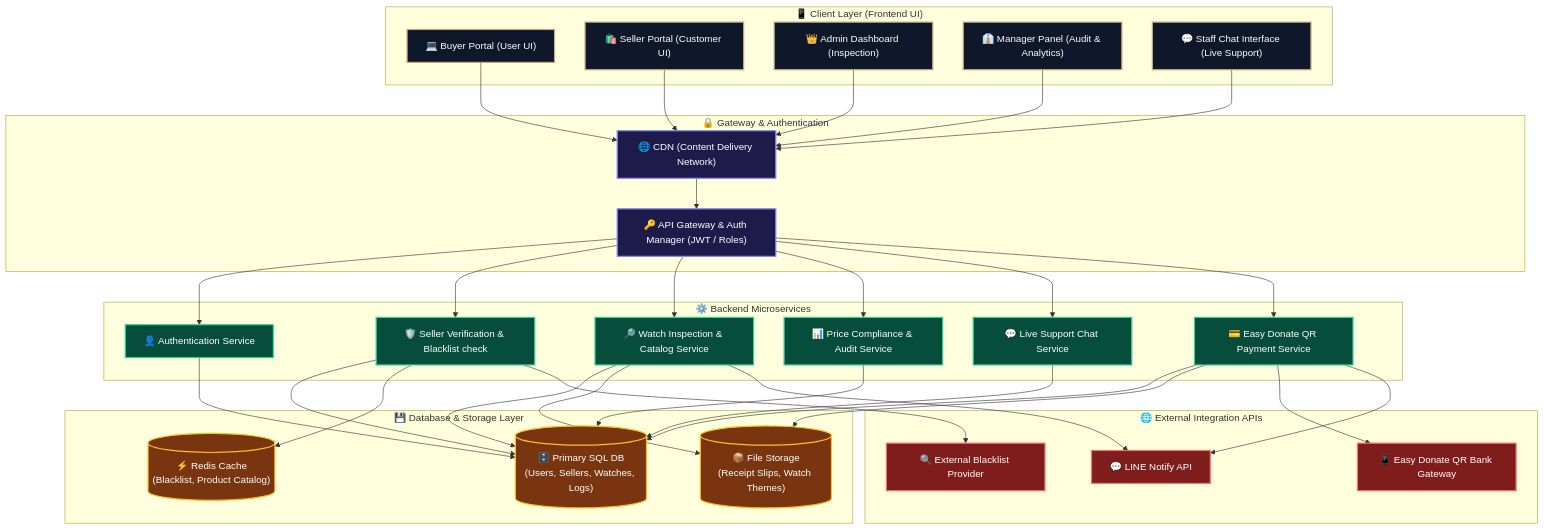
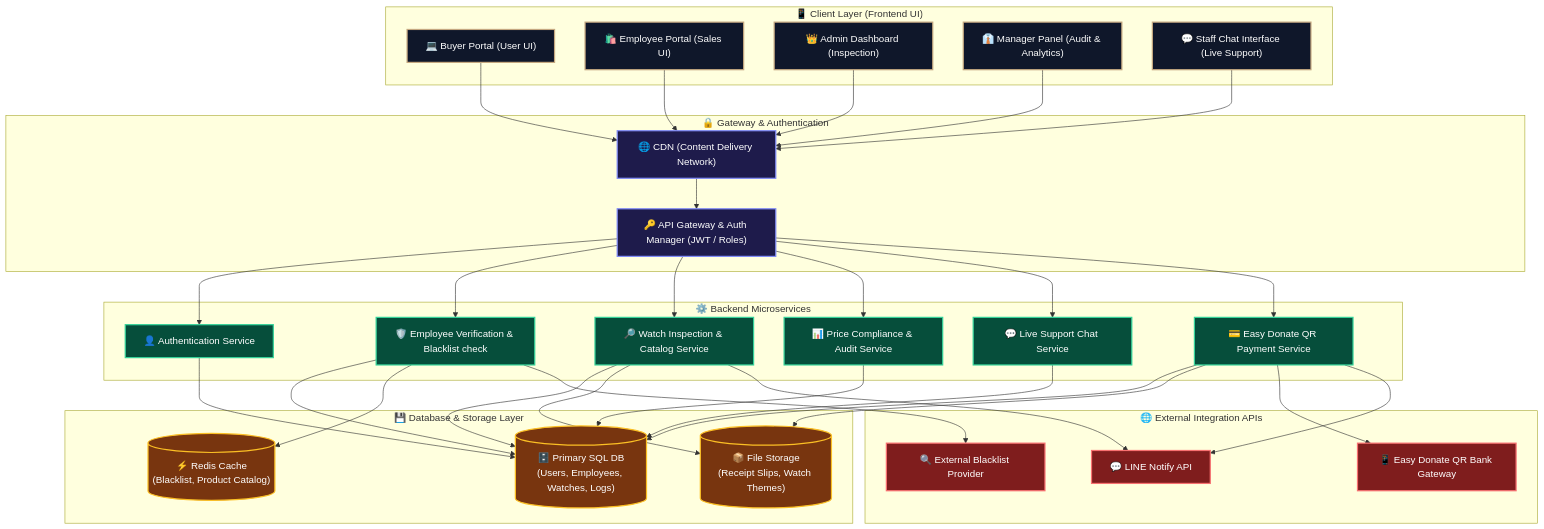
The first of 6 diagrams in analysis_design.md (sShinjikubs/WatchMarket), drawn with Mermaid before and after one commit. The commit also changed other lines of this file and 2 other files, not shown here.

Commit message:
refactor: rename Seller role to Employee across code, UI, and design docs

````diff
--- a/analysis_design.md
+++ b/analysis_design.md
@@ -40,78 +40,78 @@
 ```mermaid
 graph TB
     subgraph Client_Layer ["📱 Client Layer (Frontend UI)"]
         A1["💻 Buyer Portal (User UI)"]
-        A2["🛍️ Seller Portal (Customer UI)"]
+        A2["🛍️ Employee Portal (Sales UI)"]
         A3["👑 Admin Dashboard (Inspection)"]
         A4["👔 Manager Panel (Audit & Analytics)"]
         A5["💬 Staff Chat Interface (Live Support)"]
     end
-
+ 
     subgraph Gateway_Layer ["🔒 Gateway & Authentication"]
         CDN["🌐 CDN (Content Delivery Network)"]
         GW["🔑 API Gateway & Auth Manager (JWT / Roles)"]
     end
-
+ 
     subgraph Backend_Layer ["⚙️ Backend Microservices"]
         AuthSvc["👤 Authentication Service"]
-        VerifySvc["🛡️ Seller Verification & Blacklist check"]
+        VerifySvc["🛡️ Employee Verification & Blacklist check"]
         InspectSvc["🔎 Watch Inspection & Catalog Service"]
         AuditSvc["📊 Price Compliance & Audit Service"]
         ChatSvc["💬 Live Support Chat Service"]
         PaySvc["💳 Easy Donate QR Payment Service"]
     end
-
+ 
     subgraph Data_Layer ["💾 Database & Storage Layer"]
-        SQL_DB[("🗄️ Primary SQL DB<br>(Users, Sellers, Watches, Logs)")]
+        SQL_DB[("🗄️ Primary SQL DB<br>(Users, Employees, Watches, Logs)")]
         Redis_DB[("⚡ Redis Cache<br>(Blacklist, Product Catalog)")]
         Storage[("📦 File Storage<br>(Receipt Slips, Watch Themes)")]
     end
 
     subgraph External_Services ["🌐 External Integration APIs"]
         LineAPI["💬 LINE Notify API"]
         BankAPI["📱 Easy Donate QR Bank Gateway"]
         BlacklistAPI["🔍 External Blacklist Provider"]
     end
 
     %% Client to Gateway Connections
     A1 & A2 & A3 & A4 & A5 --> CDN
     CDN --> GW
 
     %% Gateway to Microservices Connections
     GW --> AuthSvc
     GW --> VerifySvc
     GW --> InspectSvc
     GW --> AuditSvc
     GW --> ChatSvc
     GW --> PaySvc
 
     %% Services to Databases
     AuthSvc --> SQL_DB
     VerifySvc --> SQL_DB
     VerifySvc --> Redis_DB
     InspectSvc --> SQL_DB
     InspectSvc --> Storage
     AuditSvc --> SQL_DB
     ChatSvc --> SQL_DB
     PaySvc --> SQL_DB
     PaySvc --> Storage
 
     %% External APIs Trigger
     VerifySvc --> BlacklistAPI
     PaySvc --> BankAPI
     PaySvc --> LineAPI
     InspectSvc --> LineAPI
 
     %% Style Customization
     classDef client fill:#0f172a,stroke:#c5a880,stroke-width:2px,color:#fff;
     classDef gateway fill:#1e1b4b,stroke:#818cf8,stroke-width:2px,color:#fff;
     classDef backend fill:#064e3b,stroke:#34d399,stroke-width:2px,color:#fff;
     classDef data fill:#78350f,stroke:#fbbf24,stroke-width:2px,color:#fff;
     classDef external fill:#7f1d1d,stroke:#f87171,stroke-width:2px,color:#fff;
 
     class A1,A2,A3,A4,A5 client;
     class CDN,GW gateway;
     class AuthSvc,VerifySvc,InspectSvc,AuditSvc,ChatSvc,PaySvc backend;
     class SQL_DB,Redis_DB,Storage data;
     class LineAPI,BankAPI,BlacklistAPI external;
 ```
````
